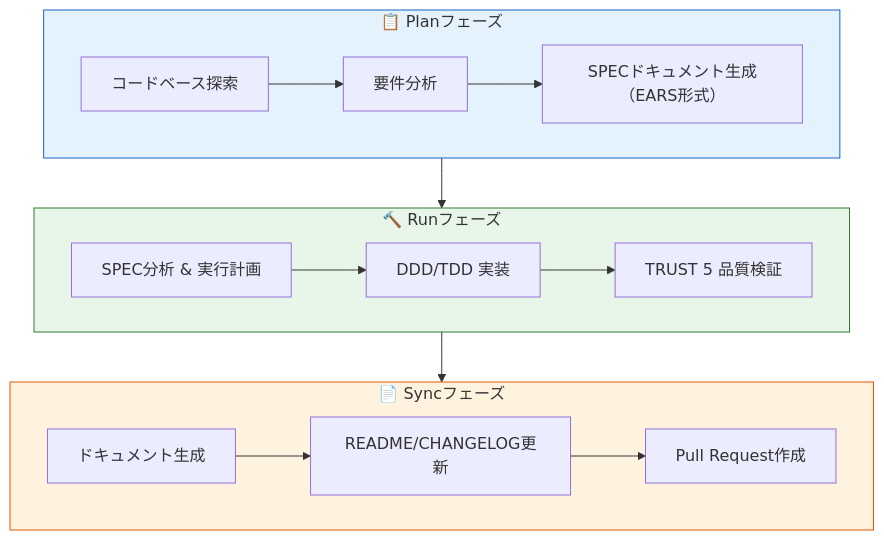
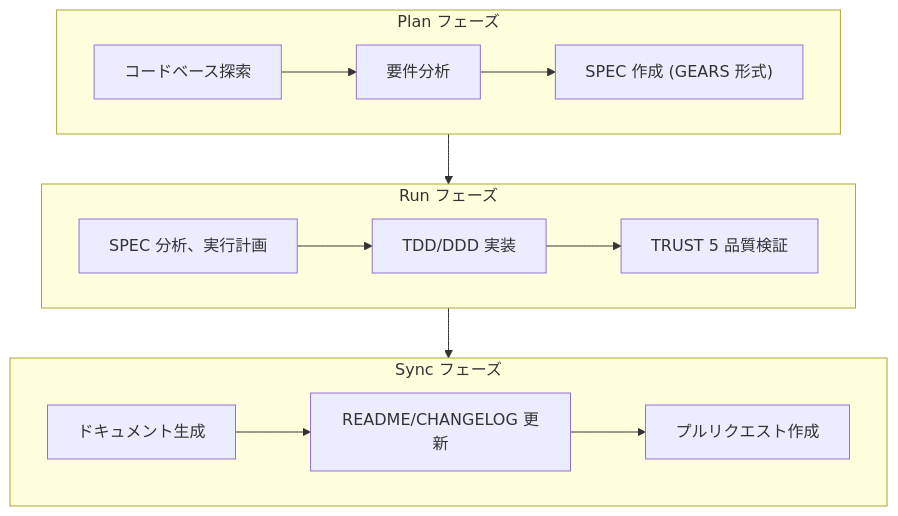
Before and after one commit to modu-ai/moai-adk: the fourth of 5 diagrams in README.ja.md, drawn with Mermaid. The commit also changed other lines of this file and 395 other files, not shown here.

````diff
--- a/README.ja.md
+++ b/README.ja.md
@@ -457,24 +390,20 @@
 ```mermaid
-graph TB
-    subgraph Plan ["📋 Planフェーズ"]
+flowchart TB
+    subgraph Plan ["Plan フェーズ"]
         P1["コードベース探索"] --> P2["要件分析"]
-        P2 --> P3["SPECドキュメント生成（EARS形式）"]
+        P2 --> P3["SPEC 作成 (GEARS 形式)"]
     end
 
-    subgraph Run ["🔨 Runフェーズ"]
-        R1["SPEC分析 & 実行計画"] --> R2["DDD/TDD 実装"]
+    subgraph Run ["Run フェーズ"]
+        R1["SPEC 分析、実行計画"] --> R2["TDD/DDD 実装"]
         R2 --> R3["TRUST 5 品質検証"]
     end
 
-    subgraph Sync ["📄 Syncフェーズ"]
-        S1["ドキュメント生成"] --> S2["README/CHANGELOG更新"]
-        S2 --> S3["Pull Request作成"]
+    subgraph Sync ["Sync フェーズ"]
+        S1["ドキュメント生成"] --> S2["README/CHANGELOG 更新"]
+        S2 --> S3["プルリクエスト作成"]
     end
 
     Plan --> Run
     Run --> Sync
-
-    style Plan fill:#E3F2FD,stroke:#1565C0
-    style Run fill:#E8F5E9,stroke:#2E7D32
-    style Sync fill:#FFF3E0,stroke:#E65100
 ```
````
